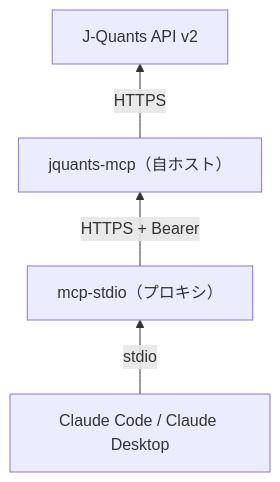
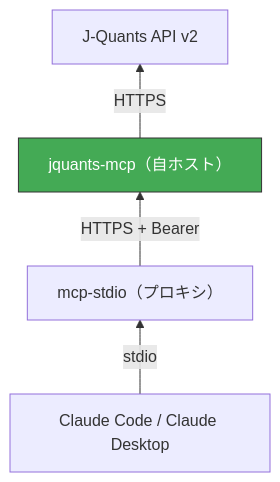
Before and after one commit to shigechika/jquants-mcp: the third of 5 diagrams in docs/deploy/README.ja.md, drawn with Mermaid. The commit also changed other lines of this file and 2 other files, not shown here.

````diff
--- a/docs/deploy/README.ja.md
+++ b/docs/deploy/README.ja.md
@@ -52,11 +56,13 @@
 ```mermaid
 graph BT
     D["J-Quants API v2"]
     C["jquants-mcp（自ホスト）"]
     B["mcp-stdio（プロキシ）"]
     A["Claude Code / Claude Desktop"]
 
     A -->|stdio| B
     B -->|"HTTPS + Bearer"| C
     C -->|HTTPS| D
+
+    style C fill:#4a5,stroke:#333,color:#fff
 ```
````
